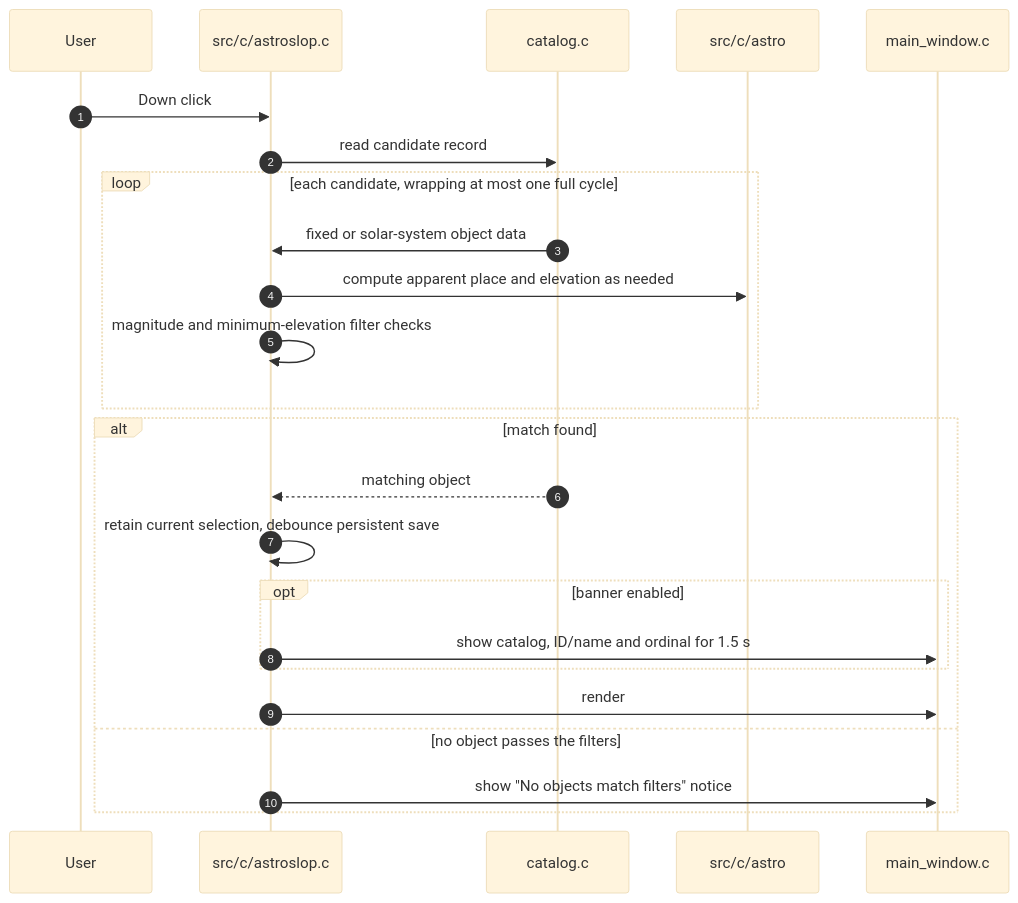
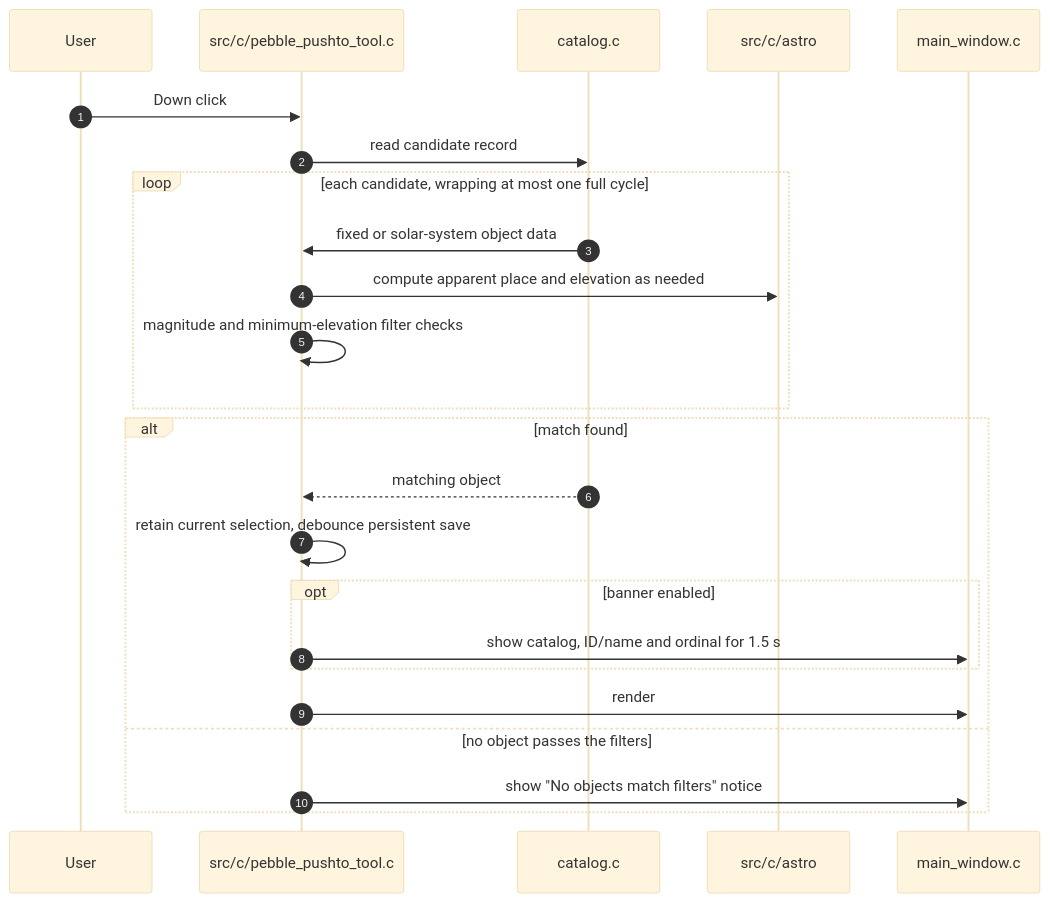
The fourth of 10 diagrams in docs/DESIGN.md (ewsandor/AstroSlop), drawn with Mermaid (base theme) before and after one commit. The commit also changed other lines of this file and 10 other files, not shown here.

First line of the commit message:
Replace AstroSlop references with Pebble PushTo Tool branding (#60)

````diff
--- a/docs/DESIGN.md
+++ b/docs/DESIGN.md
@@ -540,27 +541,27 @@
 ```mermaid
 sequenceDiagram
     autonumber
     participant User
-    participant App as src/c/astroslop.c
+    participant App as src/c/pebble_pushto_tool.c
     participant Catalog as catalog.c
     participant Astro as src/c/astro
     participant Screen as main_window.c
 
     User->>App: Down click
     App->>Catalog: read candidate record
     loop each candidate, wrapping at most one full cycle
         Catalog->>App: fixed or solar-system object data
         App->>Astro: compute apparent place and elevation as needed
         App->>App: magnitude and minimum-elevation filter checks
     end
     alt match found
         Catalog-->>App: matching object
         App->>App: retain current selection, debounce persistent save
         opt banner enabled
             App->>Screen: show catalog, ID/name and ordinal for 1.5 s
         end
         App->>Screen: render
     else no object passes the filters
         App->>Screen: show "No objects match filters" notice
     end
 ```
````
